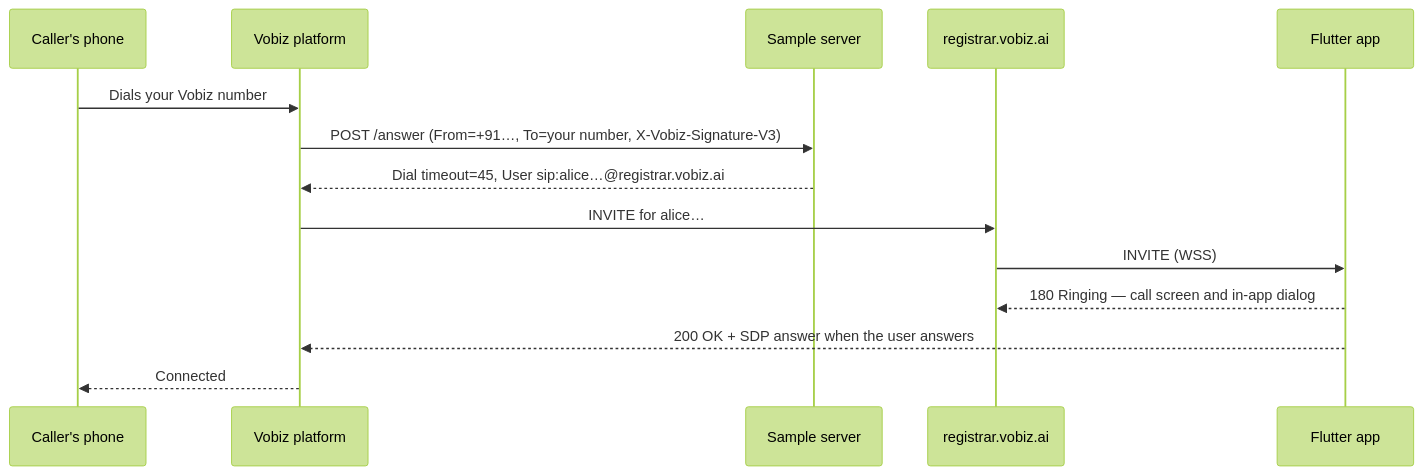
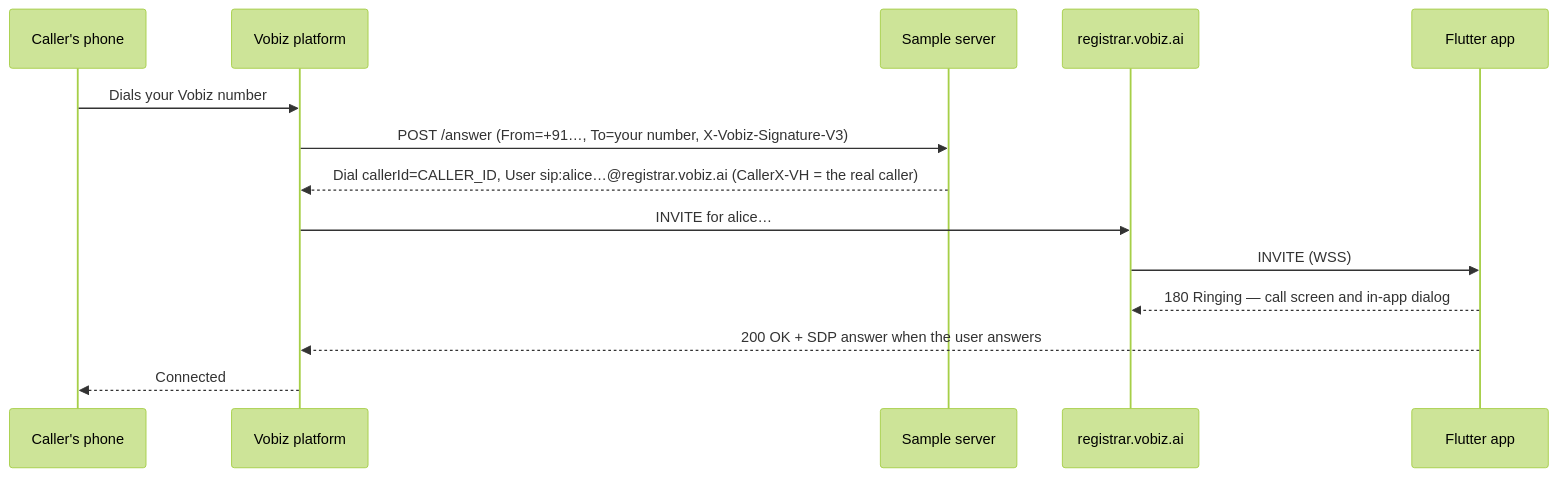
One commit to vobiz-ai/Vobiz-Android-Sample changed the third of 6 diagrams in README.md. Above: the diagram before and after it, drawn with Mermaid (forest theme). The commit also changed other lines of this file and 6 other files, not shown here.

````diff
--- a/README.md
+++ b/README.md
@@ -177,17 +177,17 @@
 ```mermaid
 sequenceDiagram
     participant Caller as Caller's phone
     participant Vobiz as Vobiz platform
     participant Srv as Sample server
     participant Reg as registrar.vobiz.ai
     participant App as Flutter app
 
     Caller->>Vobiz: Dials your Vobiz number
     Vobiz->>Srv: POST /answer (From=+91…, To=your number, X-Vobiz-Signature-V3)
-    Srv-->>Vobiz: Dial timeout=45, User sip:alice…@registrar.vobiz.ai
+    Srv-->>Vobiz: Dial callerId=CALLER_ID, User sip:alice…@registrar.vobiz.ai (CallerX-VH = the real caller)
     Vobiz->>Reg: INVITE for alice…
     Reg->>App: INVITE (WSS)
     App-->>Reg: 180 Ringing — call screen and in-app dialog
     App-->>Vobiz: 200 OK + SDP answer when the user answers
     Vobiz-->>Caller: Connected
 ```
````
